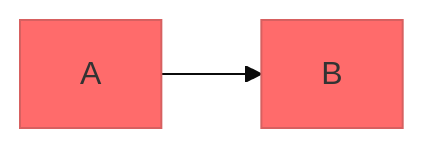
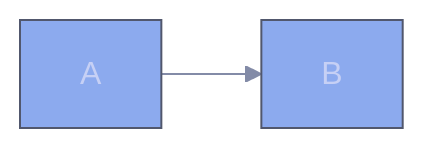
The ninth of 9 diagrams in dot_config/ai_templates/skills/utils/mermaid/SKILL.md (pascalandy/dotfiles), drawn with Mermaid before and after one commit. The commit also changed other lines of this file and 3 other files, not shown here.

First line of the commit message:
♻️ refactor: mermaid skill with consolidated content

````diff
--- a/dot_config/ai_templates/skills/utils/mermaid/SKILL.md
+++ b/dot_config/ai_templates/skills/utils/mermaid/SKILL.md
@@ -162,10 +208,16 @@
 ```mermaid
 ---
 config:
   theme: base
   themeVariables:
-    primaryColor: "#ff6b6b"
+    primaryColor: "#8caaee"
+    primaryTextColor: "#c6d0f5"
+    primaryBorderColor: "#51576d"
+    lineColor: "#838ba7"
+    secondaryColor: "#a6d189"
+    tertiaryColor: "#e5c890"
+    background: "#303446"
 ---
 flowchart LR
     A --> B
 ```
````
